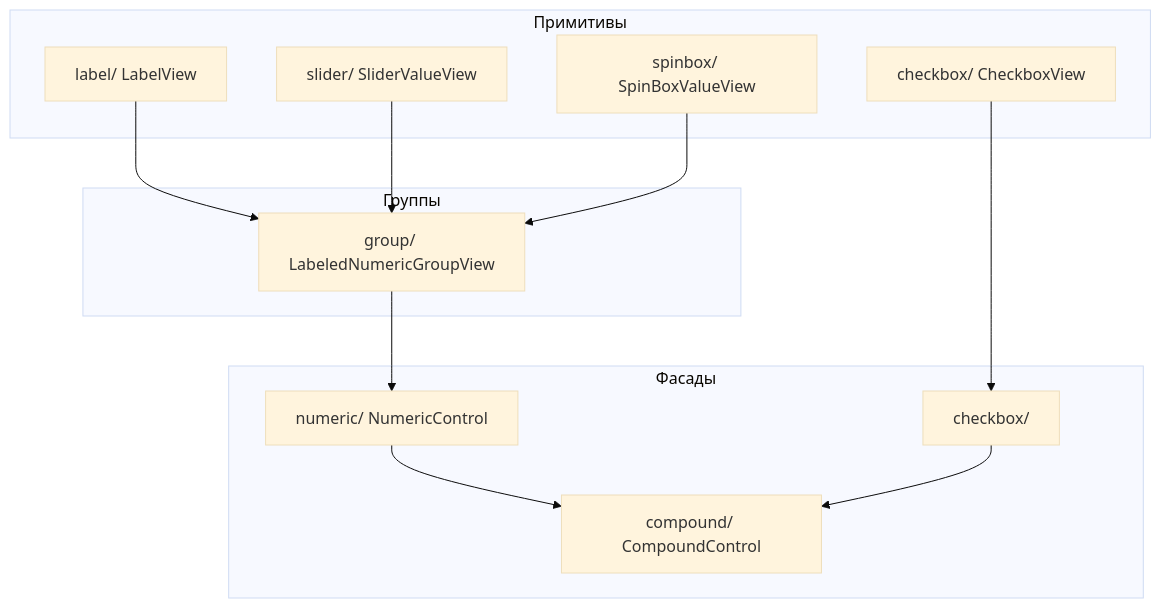
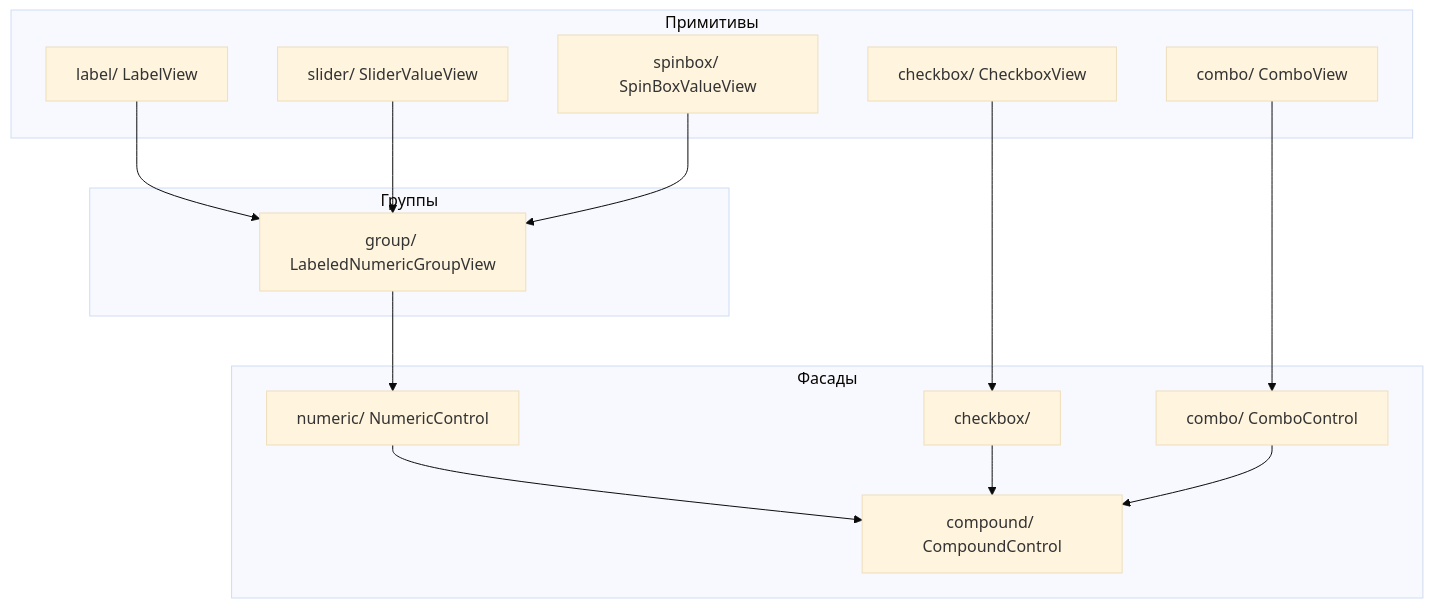
The diagram in multiprocess_framework/modules/frontend_module/components/README.md (TWOKRAI/Inspector_bottles), drawn with Mermaid (base theme) before and after one commit. The commit also changed other lines of this file and 14 other files, not shown here.

````diff
--- a/multiprocess_framework/modules/frontend_module/components/README.md
+++ b/multiprocess_framework/modules/frontend_module/components/README.md
@@ -32,27 +39,31 @@
 ```mermaid
 flowchart TB
     subgraph Примитивы
         Label[label/ LabelView]
         Slider[slider/ SliderValueView]
         Spinbox[spinbox/ SpinBoxValueView]
         Checkbox[checkbox/ CheckboxView]
+        Combo[combo/ ComboView]
     end
 
     subgraph Группы
         Group[group/ LabeledNumericGroupView]
     end
 
     subgraph Фасады
         Numeric[numeric/ NumericControl]
         CheckboxControl[checkbox/]
+        ComboControl[combo/ ComboControl]
         Compound[compound/ CompoundControl]
     end
 
     Label --> Group
     Slider --> Group
     Spinbox --> Group
     Group --> Numeric
     Checkbox --> CheckboxControl
+    Combo --> ComboControl
     Numeric --> Compound
     CheckboxControl --> Compound
+    ComboControl --> Compound
 ```
````
